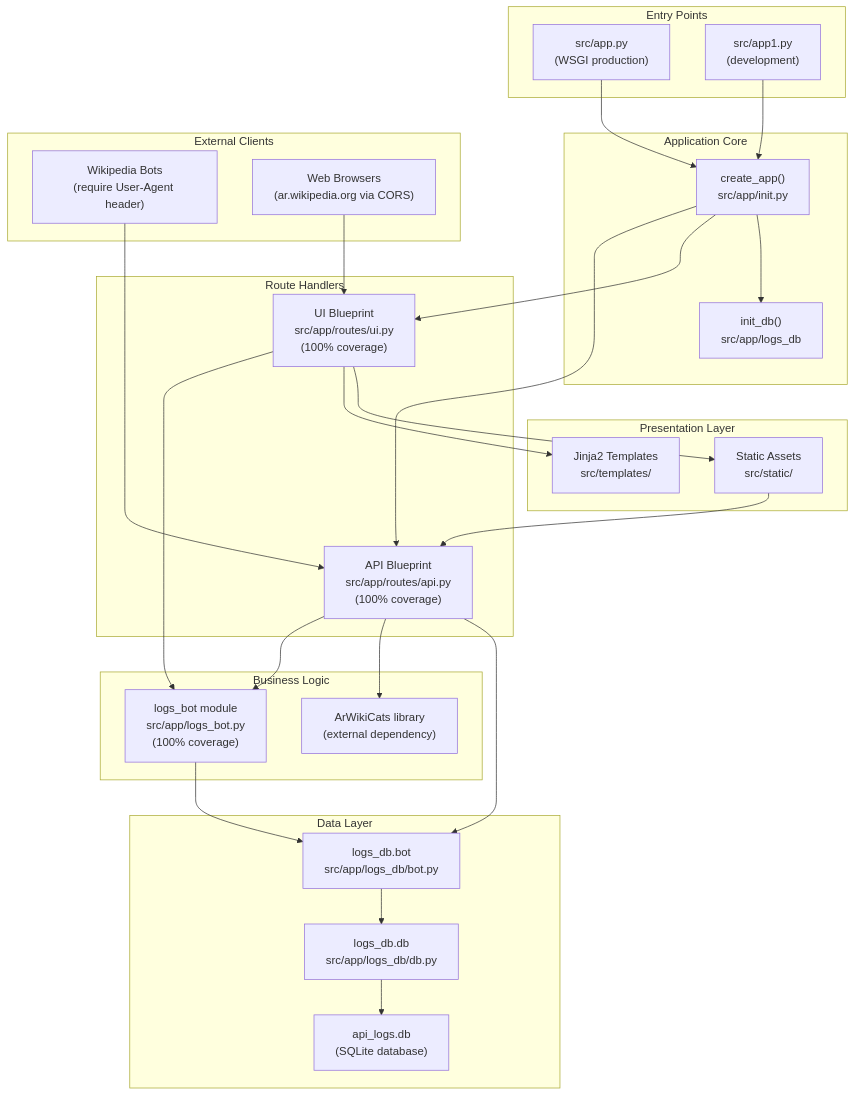
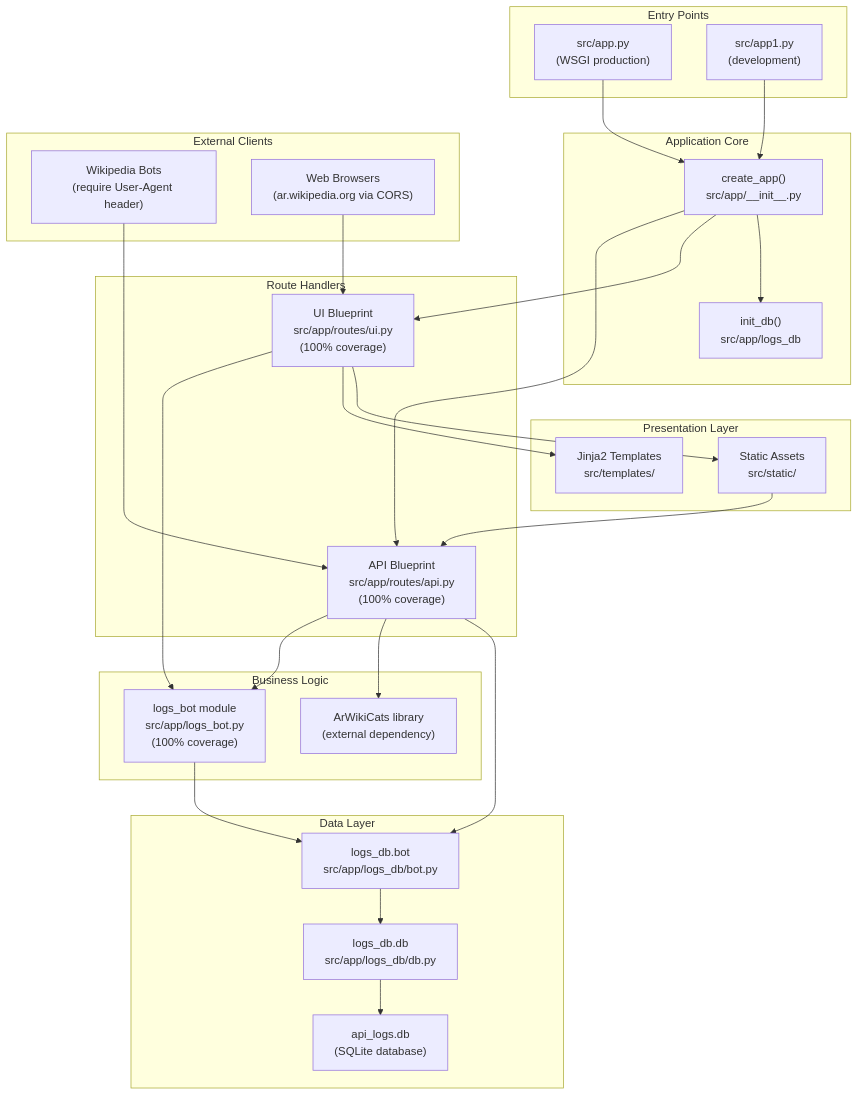
Before and after one commit to ArWikiCats/ArWikiCatsWeb: the first of 4 diagrams in docs/0.Overview.md, drawn with Mermaid. The commit also changed other lines of this file and 10 other files, not shown here.

````diff
--- a/docs/0.Overview.md
+++ b/docs/0.Overview.md
@@ -63,73 +63,73 @@
 ```mermaid
 flowchart TD
 
 WikipediaBots["Wikipedia Bots<br>(require User-Agent header)"]
 WebBrowsers["Web Browsers<br>(ar.wikipedia.org via CORS)"]
 app_py["src/app.py<br>(WSGI production)"]
 app1_py["src/app1.py<br>(development)"]
-create_app["create_app()<br>src/app/init.py"]
+create_app["create_app()<br>src/app/__init__.py"]
 init_db["init_db()<br>src/app/logs_db"]
 api_blueprint["API Blueprint<br>src/app/routes/api.py<br>(100% coverage)"]
 ui_blueprint["UI Blueprint<br>src/app/routes/ui.py<br>(100% coverage)"]
 logs_bot["logs_bot module<br>src/app/logs_bot.py<br>(100% coverage)"]
 ArWikiCats["ArWikiCats library<br>(external dependency)"]
 logs_db_bot["logs_db.bot<br>src/app/logs_db/bot.py"]
 logs_db_core["logs_db.db<br>src/app/logs_db/db.py"]
 sqlite["api_logs.db<br>(SQLite database)"]
 templates["Jinja2 Templates<br>src/templates/"]
 static["Static Assets<br>src/static/"]
 
 WikipediaBots --> api_blueprint
 WebBrowsers --> ui_blueprint
 app_py --> create_app
 app1_py --> create_app
 create_app --> api_blueprint
 create_app --> ui_blueprint
 api_blueprint --> logs_bot
 api_blueprint --> ArWikiCats
 ui_blueprint --> logs_bot
 ui_blueprint --> templates
 ui_blueprint --> static
 logs_bot --> logs_db_bot
 api_blueprint --> logs_db_bot
 static --> api_blueprint
 
 subgraph presentation ["Presentation Layer"]
     templates
     static
 end
 
 subgraph data ["Data Layer"]
     logs_db_bot
     logs_db_core
     sqlite
     logs_db_bot --> logs_db_core
     logs_db_core --> sqlite
 end
 
 subgraph business ["Business Logic"]
     logs_bot
     ArWikiCats
 end
 
 subgraph routes ["Route Handlers"]
     api_blueprint
     ui_blueprint
 end
 
 subgraph core ["Application Core"]
     create_app
     init_db
     create_app --> init_db
 end
 
 subgraph entry ["Entry Points"]
     app_py
     app1_py
 end
 
 subgraph clients ["External Clients"]
     WikipediaBots
     WebBrowsers
 end
 ```
````
